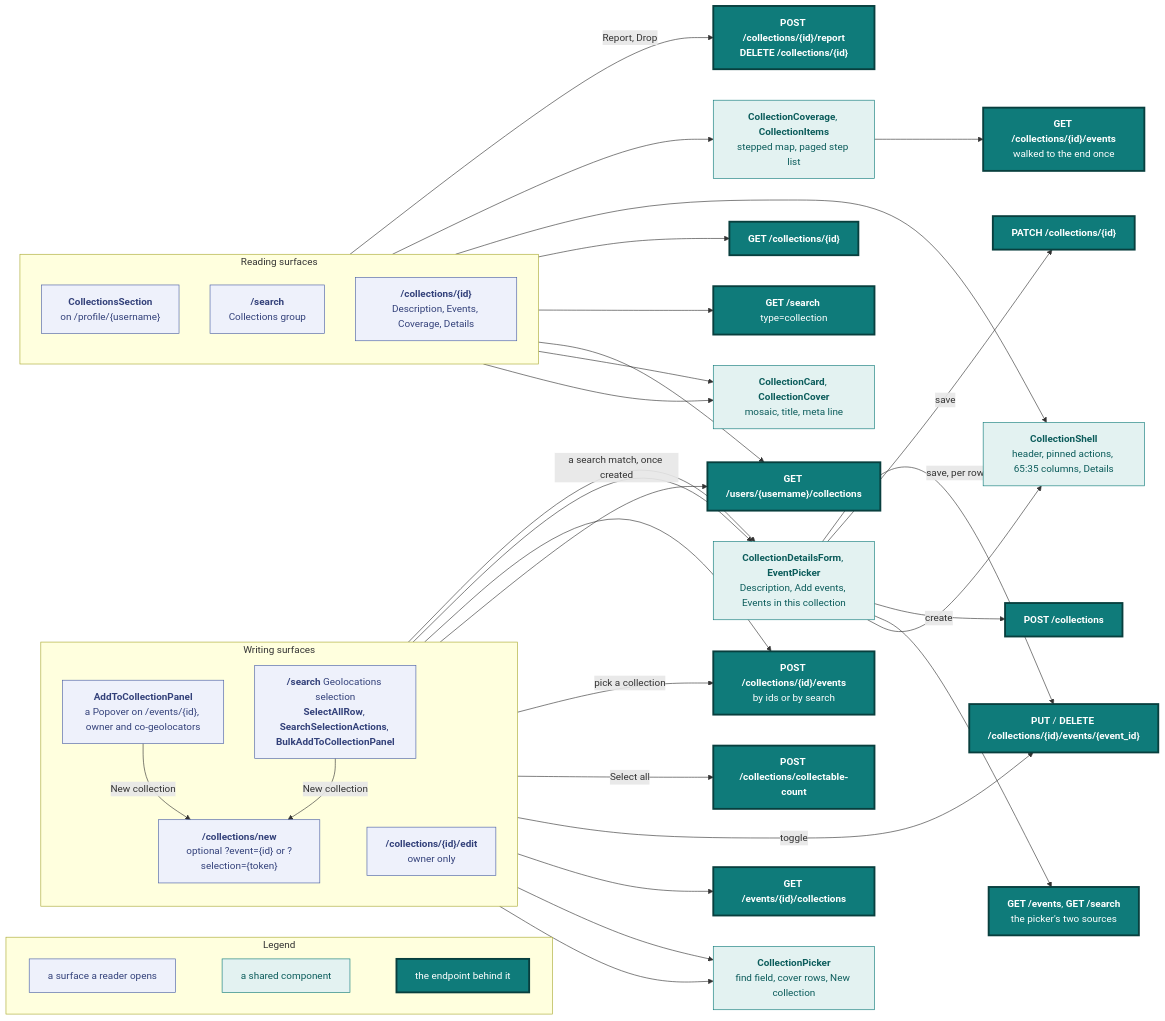
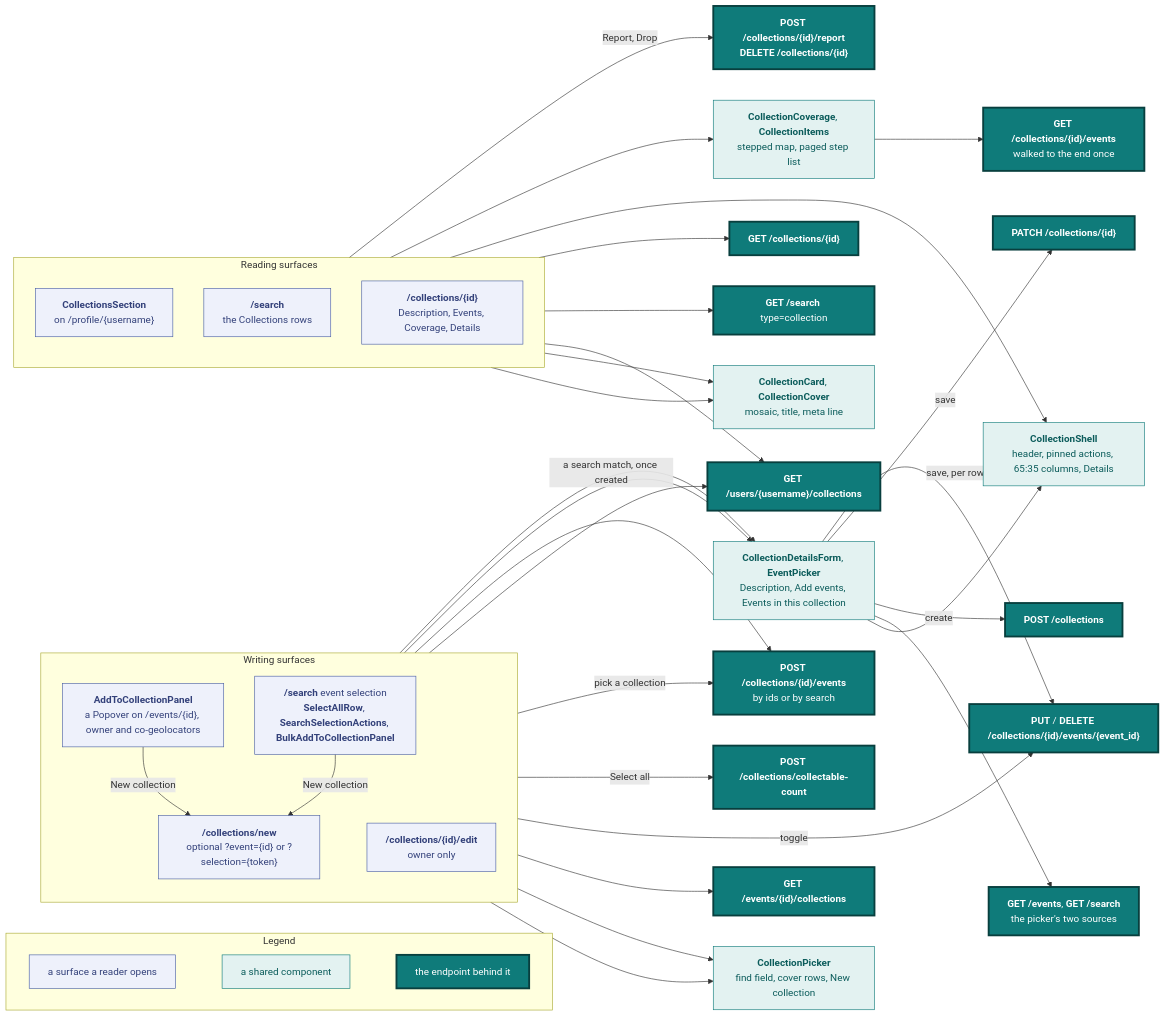
One commit to vidithq/vidit changed diagram 17 of 22 in docs/design.md. Above: the diagram before and after it, drawn with Mermaid. The commit also changed other lines of this file and 34 other files, not shown here.

```diff
--- a/docs/design.md
+++ b/docs/design.md
@@ -1560,7 +1560,7 @@
     profile["`**CollectionsSection**
     on /profile/{username}`"]:::spec
     search["`**/search**
-    Collections group`"]:::spec
+    the Collections rows`"]:::spec
     page["`**/collections/{id}**
     Description, Events, Coverage, Details`"]:::spec
   end
@@ -1569,7 +1569,7 @@
     direction TB
     panel["`**AddToCollectionPanel**
     a Popover on /events/{id}, owner and co-geolocators`"]:::spec
-    bulk["`**/search** Geolocations selection
+    bulk["`**/search** event selection
     **SelectAllRow**, **SearchSelectionActions**, **BulkAddToCollectionPanel**`"]:::spec
     newp["`**/collections/new**
     optional ?event={id} or ?selection={token}`"]:::spec
```
